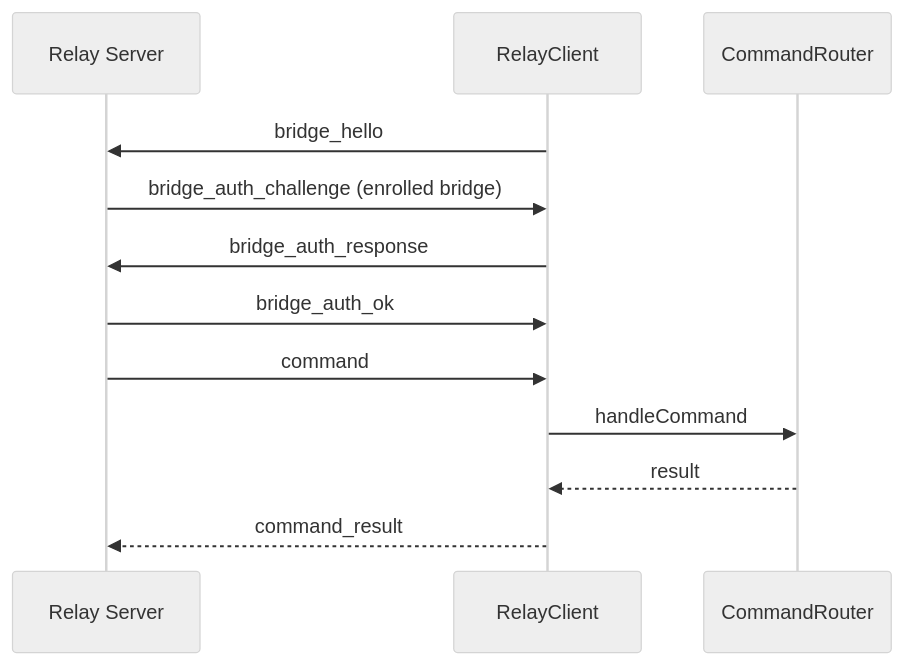
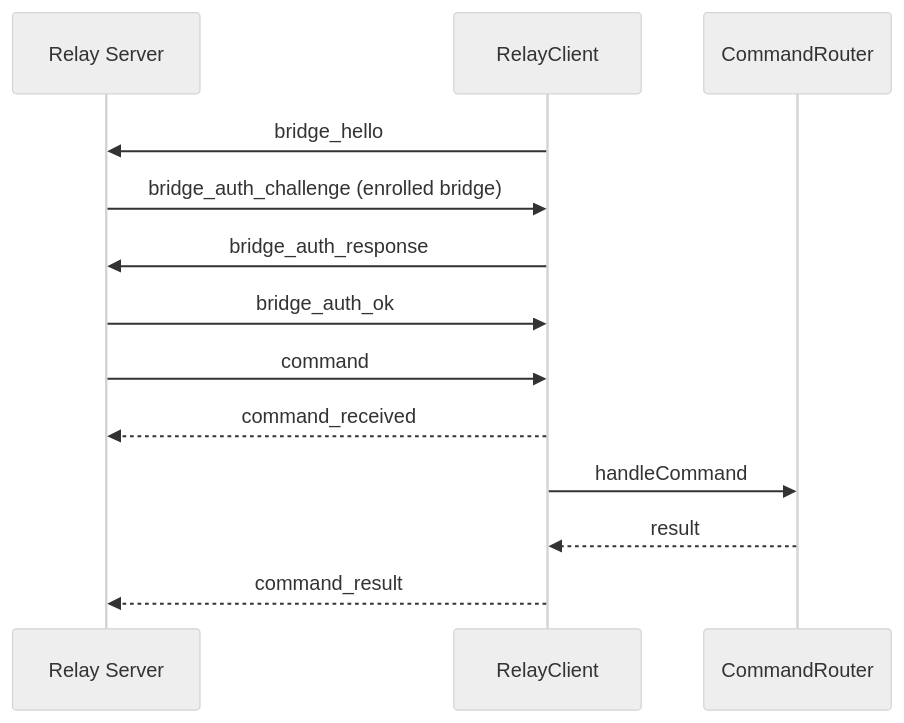
One commit to pivotrecruiting/broadify-bridge changed the diagram in docs/bridge/features/relay-protocol.md. Above: the diagram before and after it, drawn with Mermaid (neutral theme). The commit also changed other lines of this file and 10 other files, not shown here.

````diff
--- a/docs/bridge/features/relay-protocol.md
+++ b/docs/bridge/features/relay-protocol.md
@@ -165,15 +205,16 @@
 ```mermaid
 sequenceDiagram
   participant Relay as Relay Server
   participant Bridge as RelayClient
   participant Router as CommandRouter
 
   Bridge->>Relay: bridge_hello
   Relay->>Bridge: bridge_auth_challenge (enrolled bridge)
   Bridge->>Relay: bridge_auth_response
   Relay->>Bridge: bridge_auth_ok
   Relay->>Bridge: command
+  Bridge-->>Relay: command_received
   Bridge->>Router: handleCommand
   Router-->>Bridge: result
   Bridge-->>Relay: command_result
 ```
````
